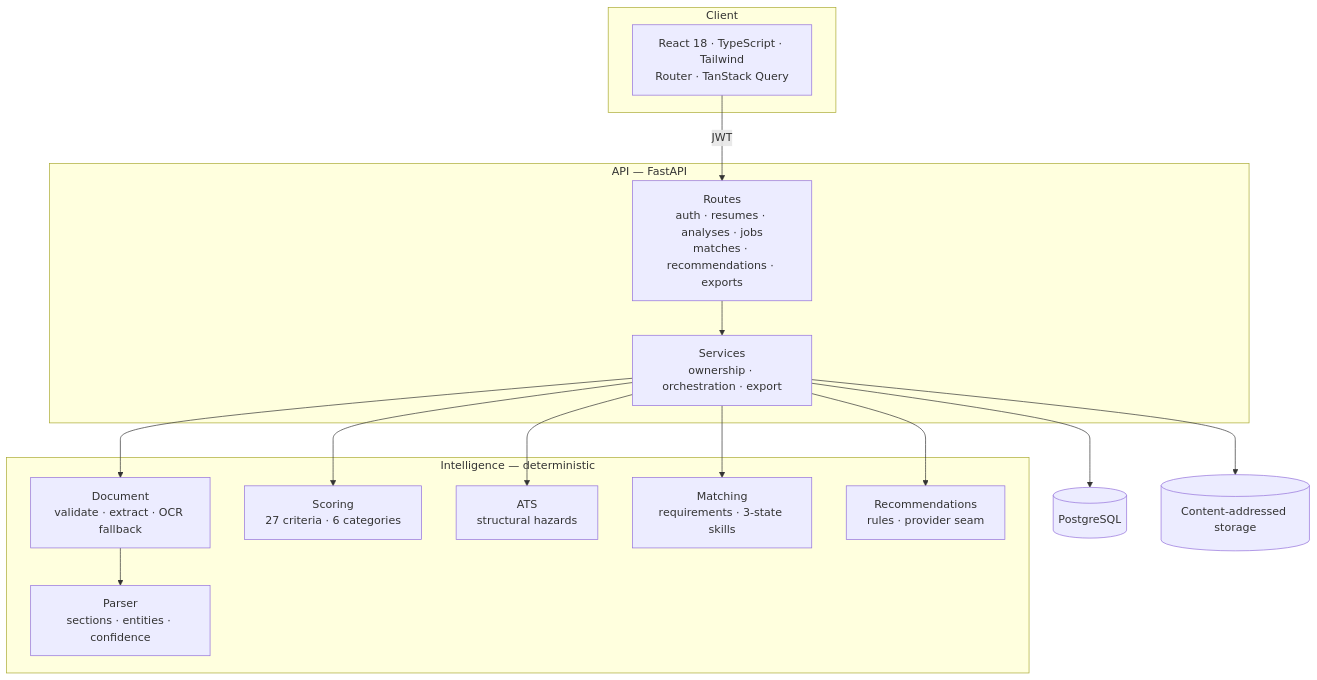
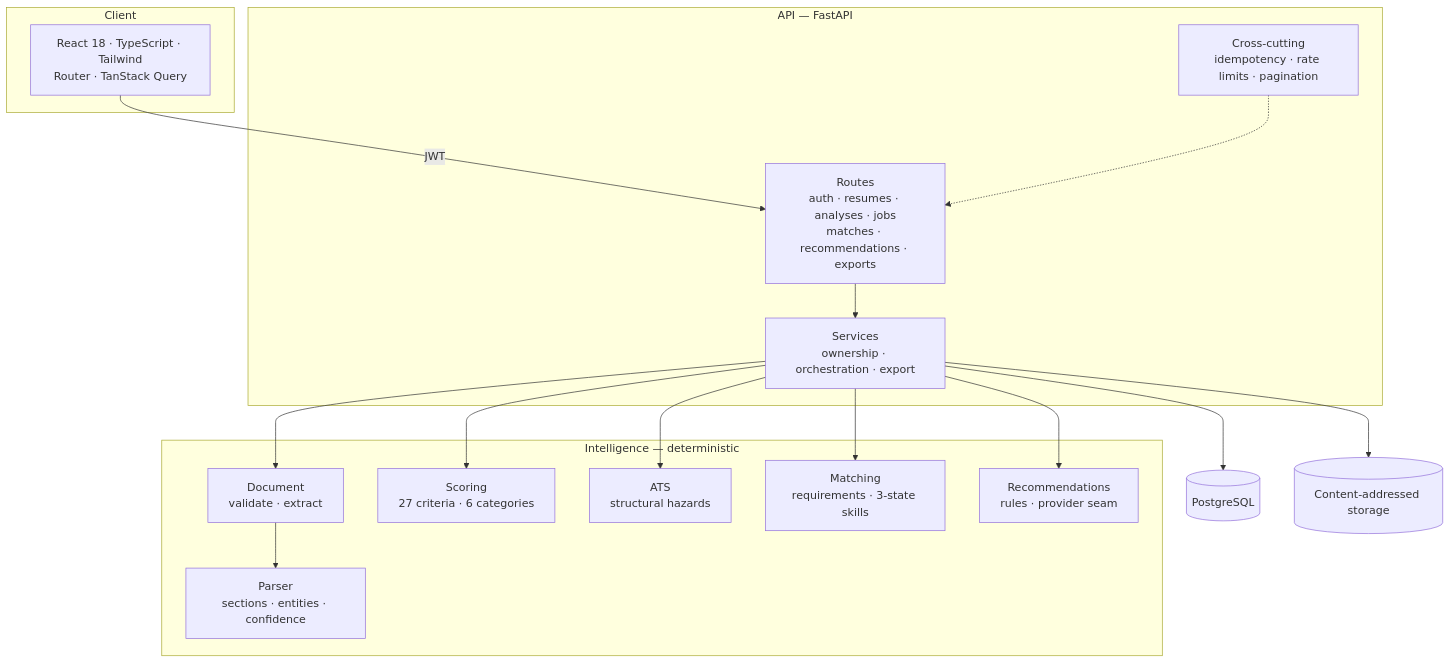
The second of 2 diagrams in README.md (tdzoro/Potencia), drawn with Mermaid before and after one commit. The commit also changed other lines of this file and 39 other files, not shown here.

````diff
--- a/README.md
+++ b/README.md
@@ -185,29 +209,31 @@
 ```mermaid
 flowchart TB
     subgraph Client
         UI[React 18 · TypeScript · Tailwind<br/>Router · TanStack Query]
     end
     subgraph API["API — FastAPI"]
         R[Routes<br/>auth · resumes · analyses · jobs<br/>matches · recommendations · exports]
         S[Services<br/>ownership · orchestration · export]
+        X[Cross-cutting<br/>idempotency · rate limits · pagination]
     end
     subgraph Intelligence["Intelligence — deterministic"]
-        D[Document<br/>validate · extract · OCR fallback]
+        D[Document<br/>validate · extract]
         P[Parser<br/>sections · entities · confidence]
         SC[Scoring<br/>27 criteria · 6 categories]
         AT[ATS<br/>structural hazards]
         M[Matching<br/>requirements · 3-state skills]
         RC[Recommendations<br/>rules · provider seam]
     end
     DB[(PostgreSQL)]
     FS[(Content-addressed storage)]
 
     UI -->|JWT| R --> S
     S --> D --> P
     S --> SC
     S --> AT
     S --> M
     S --> RC
     S --> DB
     S --> FS
+    X -.-> R
 ```
````
